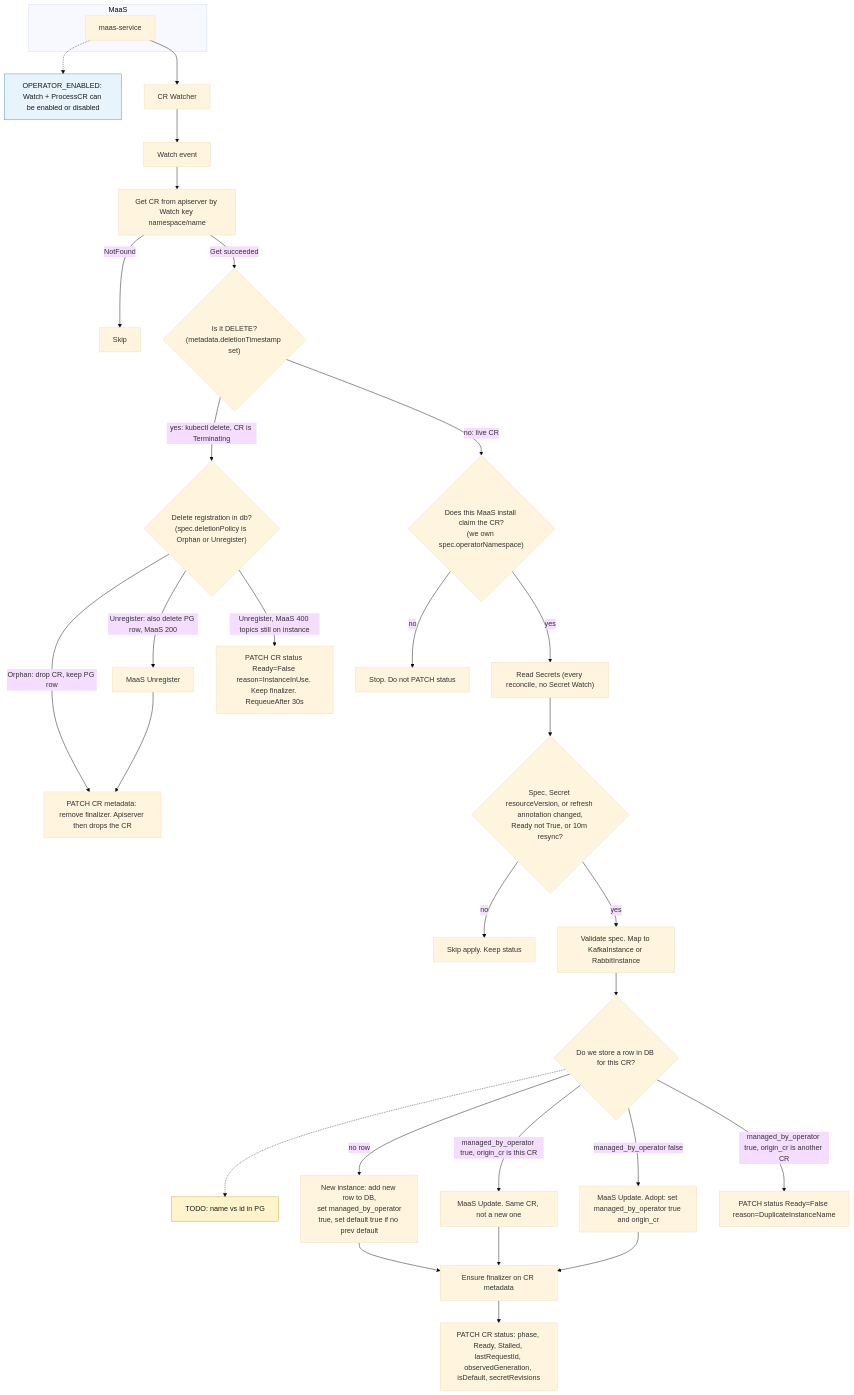
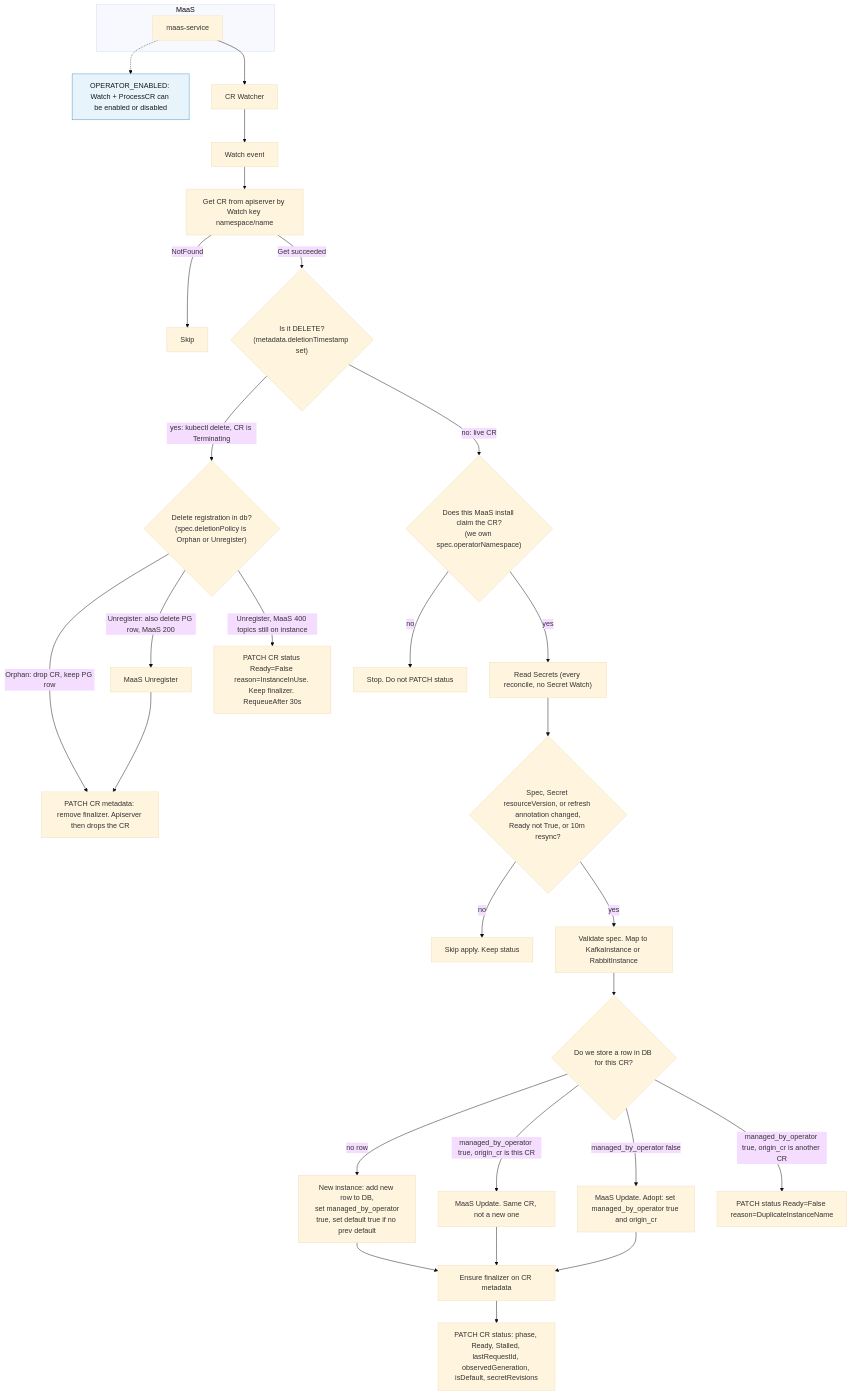
One commit to Netcracker/qubership-maas changed the first of 14 diagrams in docs/operator_design.md. Above: the diagram before and after it, drawn with Mermaid (base theme). The commit also changed other lines of this file and 6 other files, not shown here.

````diff
--- a/docs/operator_design.md
+++ b/docs/operator_design.md
@@ -61,37 +60,34 @@
 ```mermaid
 flowchart TD
   subgraph maas [MaaS]
     service[maas-service]
   end
   service -.-> en["OPERATOR_ENABLED: Watch + ProcessCR can be enabled or disabled"]
   service --> watch[CR Watcher]
   watch --> event["Watch event"]
   event --> load["Get CR from apiserver by Watch key namespace/name"]
   load -->|"NotFound"| skipNf["Skip"]
   load -->|"Get succeeded"| del{"Is it DELETE?\n(metadata.deletionTimestamp set)"}
   del -->|"yes: kubectl delete, CR is Terminating"| policy{"Delete registration in db?\n(spec.deletionPolicy is Orphan or Unregister)"}
   policy -->|"Orphan: drop CR, keep PG row"| rmFin["PATCH CR metadata: remove finalizer. Apiserver then drops the CR"]
   policy -->|"Unregister: also delete PG row, MaaS 200"| unregDel["MaaS Unregister"]
   unregDel --> rmFin
   policy -->|"Unregister, MaaS 400 topics still on instance"| inUse["PATCH CR status Ready=False reason=InstanceInUse. Keep finalizer. RequeueAfter 30s"]
   del -->|"no: live CR"| claim{"Does this MaaS install claim the CR?\n(we own spec.operatorNamespace)"}
   claim -->|"no"| stop["Stop. Do not PATCH status"]
   claim -->|"yes"| secrets["Read Secrets (every reconcile, no Secret Watch)"]
   secrets --> stale{"Spec, Secret resourceVersion, or refresh annotation changed,\nReady not True, or 10m resync?"}
   stale -->|no| skip["Skip apply. Keep status"]
   stale -->|yes| val["Validate spec. Map to KafkaInstance or RabbitInstance"]
   val --> apply{"Do we store a row in DB for this CR?"}
-  apply -.-> nameId["TODO: name vs id in PG"]
   apply -->|no row| reg["New instance: add new row to DB,\n set managed_by_operator true, set default true if no prev default"]
   apply -->|"managed_by_operator true, origin_cr is this CR"| upd["MaaS Update. Same CR, not a new one"]
   apply -->|"managed_by_operator false"| adopt["MaaS Update. Adopt: set managed_by_operator true and origin_cr"]
   apply -->|"managed_by_operator true, origin_cr is another CR"| dup["PATCH status Ready=False reason=DuplicateInstanceName"]
   reg --> fin["Ensure finalizer on CR metadata"]
   upd --> fin
   adopt --> fin
   fin --> patch["PATCH CR status: phase, Ready, Stalled, lastRequestId, observedGeneration, isDefault, secretRevisions"]
-  classDef todo fill:#fff4cc,stroke:#c9a227,color:#1a1a1a
   classDef tip fill:#e8f4fc,stroke:#4a90c4,color:#1a1a1a
-  class todoTake,todoReady,nameId todo
   class en tip
 ```
````
